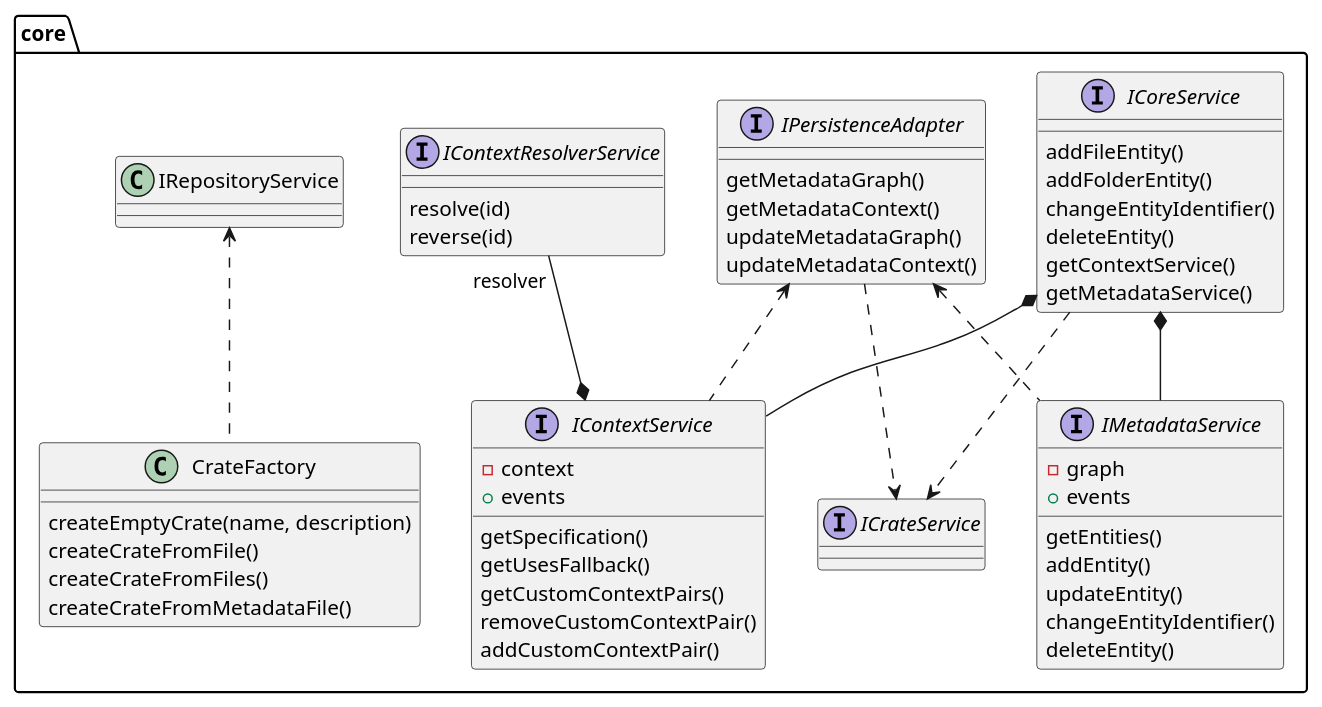
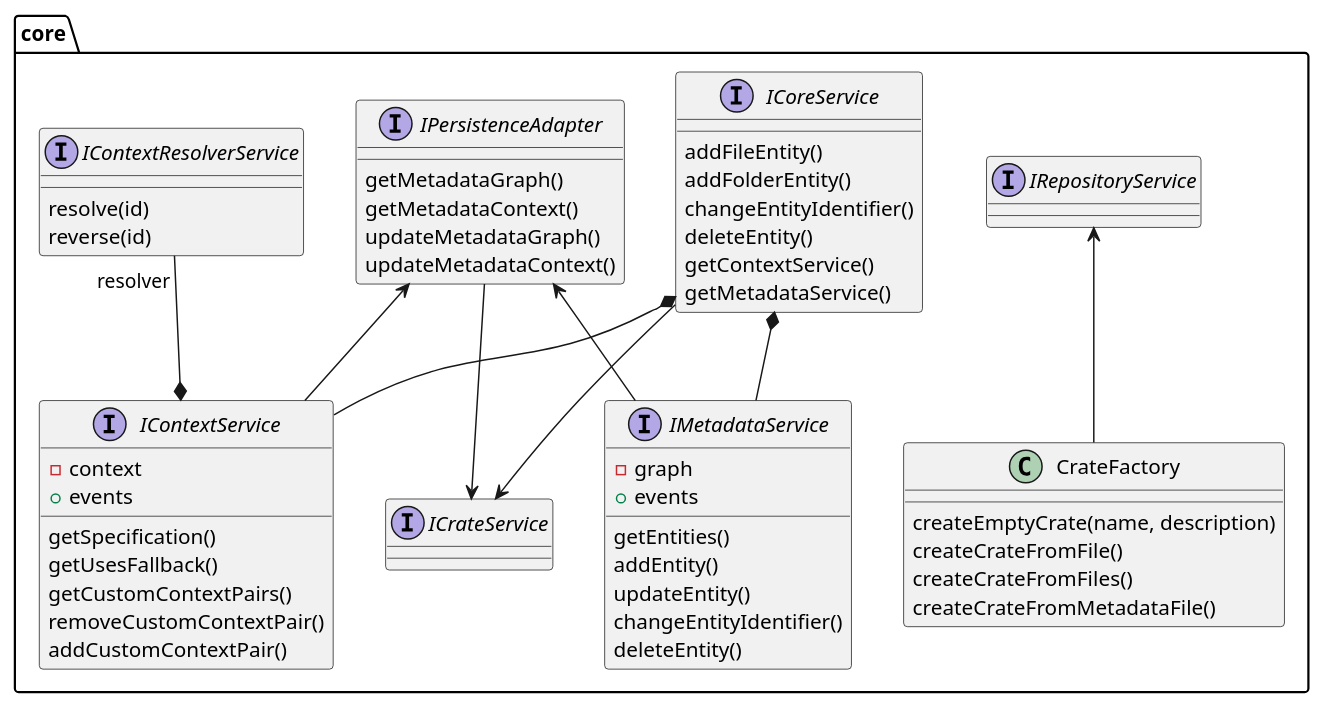
One commit to kit-data-manager/NovaCrate changed the diagram in docs/figures/lib-v2/lib-core.plantuml. Above: the diagram before and after it, drawn with PlantUML. The commit also changed 2 other files, not shown here.

```diff
--- a/docs/figures/lib-v2/lib-core.plantuml
+++ b/docs/figures/lib-v2/lib-core.plantuml
@@ -1,67 +1,68 @@
 @startuml
 
 package core {
     interface ICrateService
+    interface IRepositoryService
 
     interface ICoreService {
         addFileEntity()
         addFolderEntity()
         changeEntityIdentifier()
         deleteEntity()
         getContextService()
         getMetadataService()
     }
 
     interface IPersistenceAdapter {
         getMetadataGraph()
         getMetadataContext()
         updateMetadataGraph()
         updateMetadataContext()
     }
 
-    ICoreService ..> ICrateService
+    ICoreService --> ICrateService
     ICoreService *-- IContextService
     ICoreService *-- IMetadataService
 
     interface IContextService {
         - context
         + events
         getSpecification()
         getUsesFallback()
         getCustomContextPairs()
         removeCustomContextPair()
         addCustomContextPair()
     }
 
     interface IContextResolverService {
         resolve(id)
         reverse(id)
     }
 
     IContextResolverService "resolver" --* IContextService
 
     interface IMetadataService {
         - graph
         + events
 
         getEntities()
         addEntity()
         updateEntity()
         changeEntityIdentifier()
         deleteEntity()
     }
 
     class CrateFactory {
         createEmptyCrate(name, description)
         createCrateFromFile()
         createCrateFromFiles()
         createCrateFromMetadataFile()
     }
 
-    IPersistenceAdapter <.. IMetadataService
-    IPersistenceAdapter <.. IContextService
-    IPersistenceAdapter ..> ICrateService
-    IRepositoryService <.. CrateFactory
+    IPersistenceAdapter <-- IMetadataService
+    IPersistenceAdapter <-- IContextService
+    IPersistenceAdapter --> ICrateService
+    IRepositoryService <-- CrateFactory
 }
 
 @enduml
```
